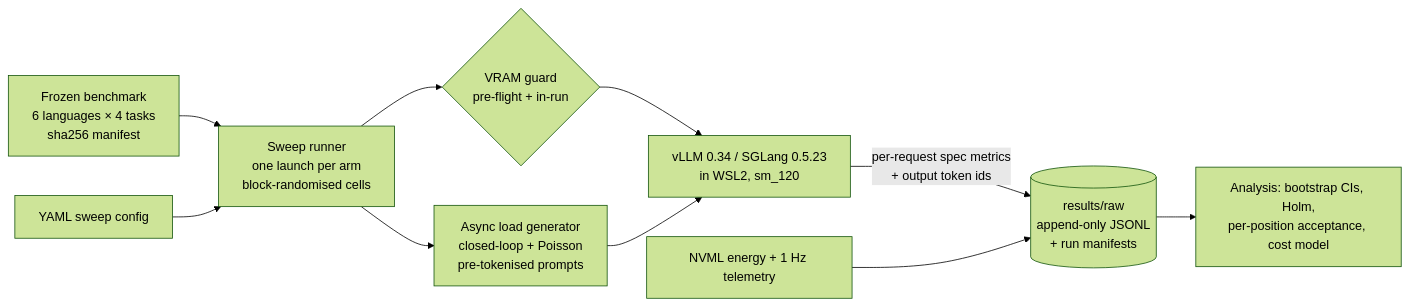
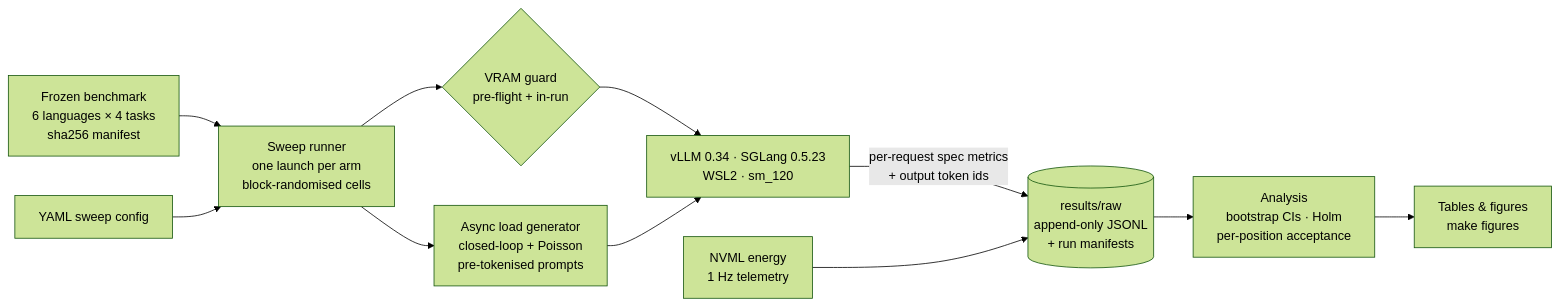
Before and after one commit to pratx1906/indicspec: the diagram in README.md, drawn with Mermaid (forest theme). The commit also changed other lines of this file and 36 other files, not shown here.

````diff
--- a/README.md
+++ b/README.md
@@ -74,12 +109,13 @@
 ```mermaid
 flowchart LR
   D[Frozen benchmark<br/>6 languages × 4 tasks<br/>sha256 manifest] --> S
   C[YAML sweep config] --> S[Sweep runner<br/>one launch per arm<br/>block-randomised cells]
   S --> G{VRAM guard<br/>pre-flight + in-run}
-  G --> E[vLLM 0.34 / SGLang 0.5.23<br/>in WSL2, sm_120]
+  G --> E[vLLM 0.34 · SGLang 0.5.23<br/>WSL2 · sm_120]
   S --> L[Async load generator<br/>closed-loop + Poisson<br/>pre-tokenised prompts]
   L --> E
   E -->|per-request spec metrics<br/>+ output token ids| R[(results/raw<br/>append-only JSONL<br/>+ run manifests)]
-  T[NVML energy + 1 Hz telemetry] --> R
-  R --> A[Analysis: bootstrap CIs, Holm,<br/>per-position acceptance, cost model]
+  T[NVML energy<br/>1 Hz telemetry] --> R
+  R --> A[Analysis<br/>bootstrap CIs · Holm<br/>per-position acceptance]
+  A --> F[Tables & figures<br/>make figures]
 ```
````
